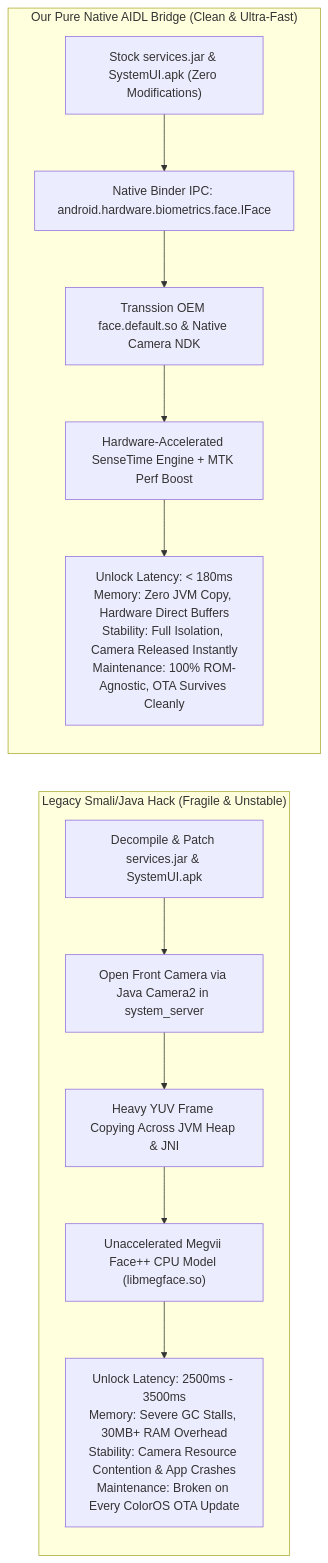
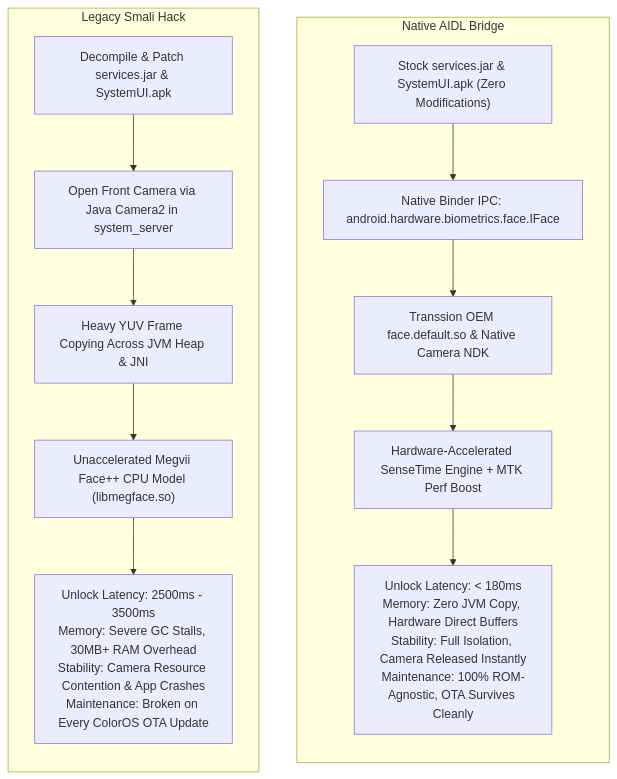
Before and after one commit to RapliVx/OPlus-Face-Bridge-Transsion: the second of 5 diagrams in README.md, drawn with Mermaid. The commit also changed other lines of this file, not shown here.

First line of the commit message:
docs: add architecture comparison table

````diff
--- a/README.md
+++ b/README.md
@@ -121,18 +121,22 @@
 ```mermaid
 flowchart LR
-    subgraph Old_Smali ["Legacy Smali/Java Hack (Fragile & Unstable)"]
+    subgraph Old_Smali ["Legacy Smali Hack"]
         direction TB
         S1["Decompile & Patch services.jar & SystemUI.apk"] --> S2["Open Front Camera via Java Camera2 in system_server"]
         S2 --> S3["Heavy YUV Frame Copying Across JVM Heap & JNI"]
         S3 --> S4["Unaccelerated Megvii Face++ CPU Model (libmegface.so)"]
         S4 --> S5["Unlock Latency: 2500ms - 3500ms\nMemory: Severe GC Stalls, 30MB+ RAM Overhead\nStability: Camera Resource Contention & App Crashes\nMaintenance: Broken on Every ColorOS OTA Update"]
     end
 
-    subgraph Native_AIDL ["Our Pure Native AIDL Bridge (Clean & Ultra-Fast)"]
+    subgraph Native_AIDL ["Native AIDL Bridge"]
         direction TB
         N1["Stock services.jar & SystemUI.apk (Zero Modifications)"] --> N2["Native Binder IPC: android.hardware.biometrics.face.IFace"]
         N2 --> N3["Transsion OEM face.default.so & Native Camera NDK"]
         N3 --> N4["Hardware-Accelerated SenseTime Engine + MTK Perf Boost"]
         N4 --> N5["Unlock Latency: < 180ms\nMemory: Zero JVM Copy, Hardware Direct Buffers\nStability: Full Isolation, Camera Released Instantly\nMaintenance: 100% ROM-Agnostic, OTA Survives Cleanly"]
     end
+
+    S1 ~~~ N1
+    S3 ~~~ N3
+    S5 ~~~ N5
 ```
````
